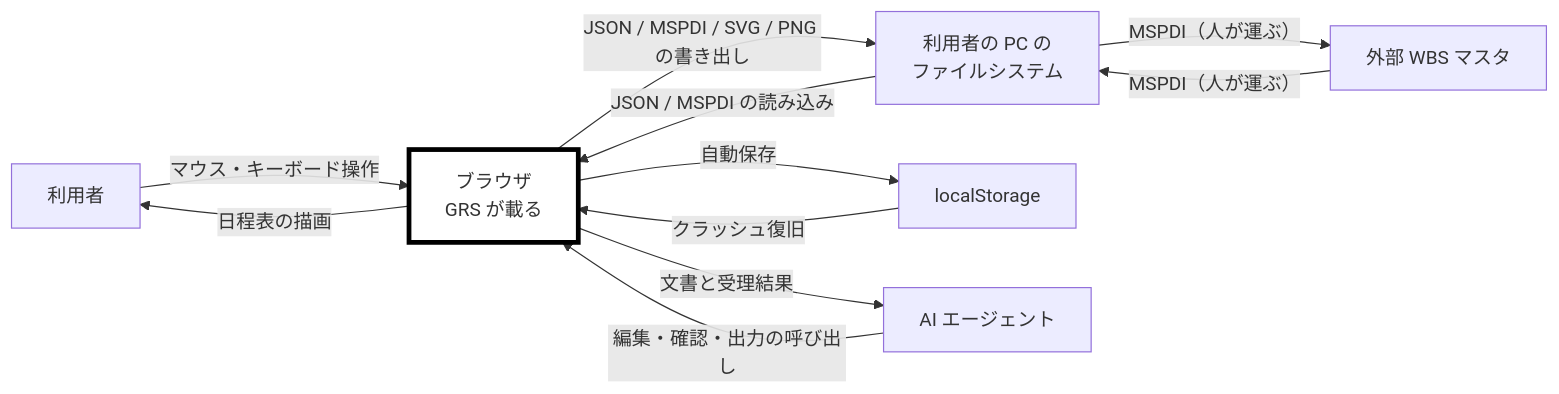
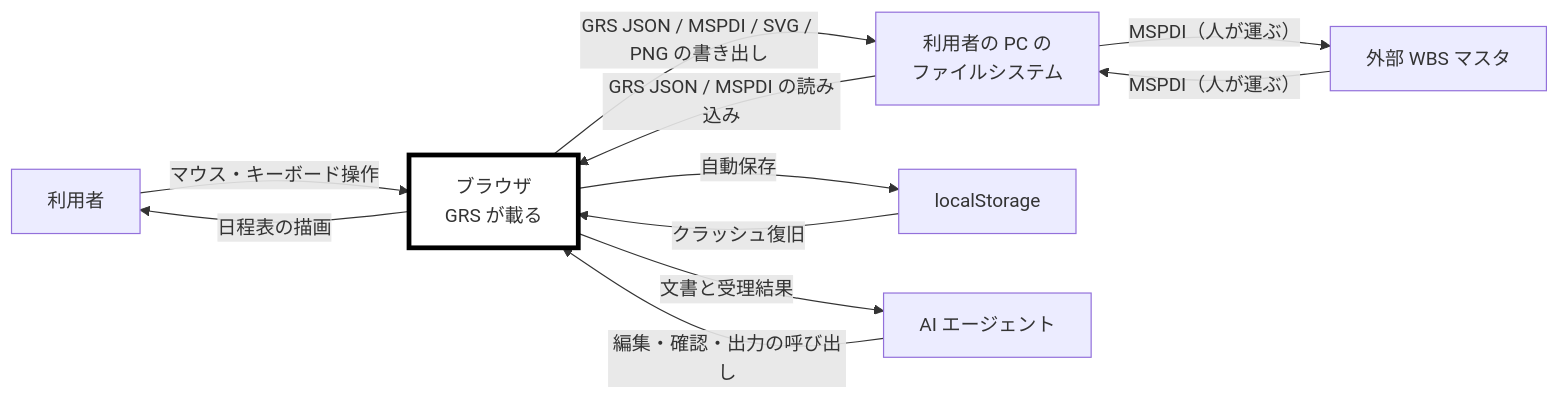
One commit to GoodRelax/gr-scheduler changed the diagram in docs/spec/01-04-requirements.md. Above: the diagram before and after it, drawn with Mermaid. The commit also changed other lines of this file and 5 other files, not shown here.

````diff
--- a/docs/spec/01-04-requirements.md
+++ b/docs/spec/01-04-requirements.md
@@ -356,15 +358,15 @@
 ```mermaid
 flowchart LR
     User["利用者"] -->|"マウス・キーボード操作"| Browser
     Browser["ブラウザ<br/>GRS が載る"]:::target -->|"日程表の描画"| User
-    Browser -->|"JSON / MSPDI / SVG / PNG の書き出し"| Fs
-    Fs["利用者の PC の<br/>ファイルシステム"] -->|"JSON / MSPDI の読み込み"| Browser
+    Browser -->|"GRS JSON / MSPDI / SVG / PNG の書き出し"| Fs
+    Fs["利用者の PC の<br/>ファイルシステム"] -->|"GRS JSON / MSPDI の読み込み"| Browser
     Browser -->|"自動保存"| Ls
     Ls["localStorage"] -->|"クラッシュ復旧"| Browser
     Agent["AI エージェント"] -->|"編集・確認・出力の呼び出し"| Browser
     Browser -->|"文書と受理結果"| Agent
     Wbs["外部 WBS マスタ"] -->|"MSPDI（人が運ぶ）"| Fs
     Fs -->|"MSPDI（人が運ぶ）"| Wbs
 
     classDef target fill:#FFFFFF,stroke:#000,stroke-width:4px
 ```
````
